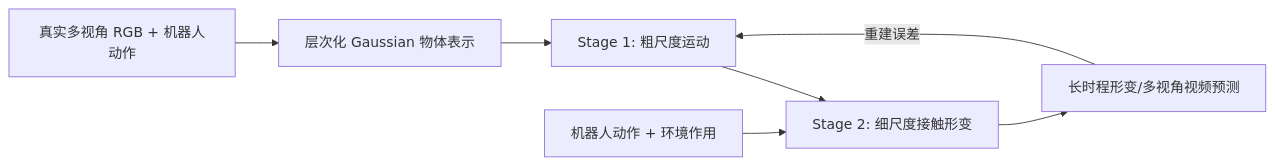
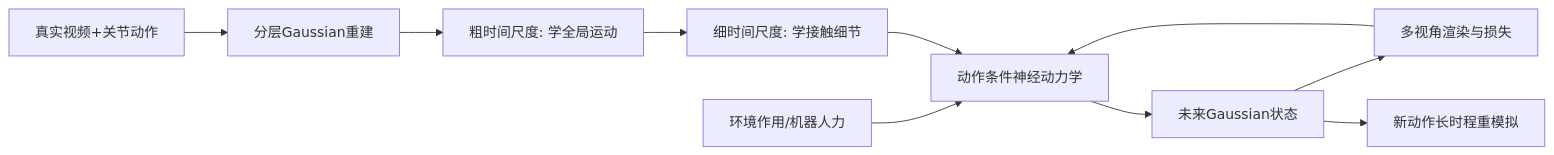
The sixth of 13 diagrams in docs/Sim2Real_前沿技术路线综述_2025-2026.md (AforestSong/Sim2Real-Frontier-Survey), drawn with Mermaid before and after one commit. The commit also changed other lines of this file and 7 other files, not shown here.

````diff
--- a/docs/Sim2Real_前沿技术路线综述_2025-2026.md
+++ b/docs/Sim2Real_前沿技术路线综述_2025-2026.md
@@ -223,9 +339,12 @@
 ```mermaid
 flowchart LR
- A[真实多视角 RGB + 机器人动作] --> B[层次化 Gaussian 物体表示]
- B --> C[Stage 1: 粗尺度运动]
- C --> D[Stage 2: 细尺度接触形变]
- E[机器人动作 + 环境作用] --> D
- D --> F[长时程形变/多视角视频预测]
- F -- 重建误差 --> C
+ A[真实视频+关节动作] --> B[分层Gaussian重建]
+ B --> C[粗时间尺度: 学全局运动]
+ C --> D[细时间尺度: 学接触细节]
+ E[环境作用/机器人力] --> F[动作条件神经动力学]
+ D --> F
+ F --> G[未来Gaussian状态]
+ G --> H[多视角渲染与损失]
+ H --> F
+ G --> I[新动作长时程重模拟]
 ```
````
